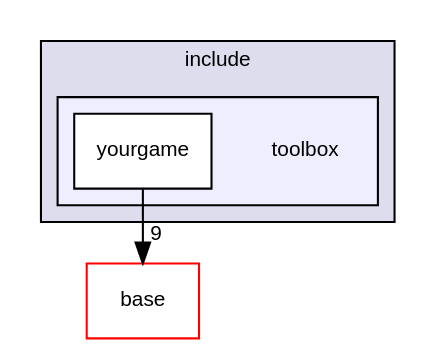
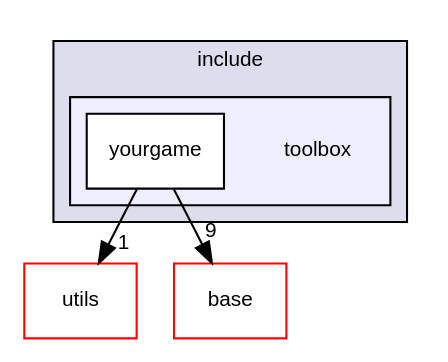
One commit to duddel/yourgamelib changed the diagram in dir_dc8d4286420b7aa8efcc9a53b027321f_dep.dot. Above: the diagram before and after it, drawn with Graphviz. The commit also changed 38 other files, not shown here.

```diff
--- a/dir_dc8d4286420b7aa8efcc9a53b027321f_dep.dot
+++ b/dir_dc8d4286420b7aa8efcc9a53b027321f_dep.dot
@@ -1,15 +1,17 @@
 digraph "/home/runner/work/yourgamelib/yourgamelib/include/toolbox" {
   compound=true
   node [ fontsize="10", fontname="Helvetica"];
   edge [ labelfontsize="10", labelfontname="Helvetica"];
   subgraph clusterdir_d44c64559bbebec7f509842c48db8b23 {
     graph [ bgcolor="#ddddee", pencolor="black", label="include" fontname="Helvetica", fontsize="10", URL="dir_d44c64559bbebec7f509842c48db8b23.html"]
   subgraph clusterdir_dc8d4286420b7aa8efcc9a53b027321f {
     graph [ bgcolor="#eeeeff", pencolor="black", label="" URL="dir_dc8d4286420b7aa8efcc9a53b027321f.html"];
     dir_dc8d4286420b7aa8efcc9a53b027321f [shape=plaintext label="toolbox"];
     dir_a60850a87a477dbcc0e6f59871872d7a [shape=box label="yourgame" color="black" fillcolor="white" style="filled" URL="dir_a60850a87a477dbcc0e6f59871872d7a.html"];
   }
   }
+  dir_821002d4f10779a80d4fb17bc32f21f1 [shape=box label="utils" fillcolor="white" style="filled" color="red" URL="dir_821002d4f10779a80d4fb17bc32f21f1.html"];
   dir_ab1c81409f0df724f17c9ef30afee877 [shape=box label="base" fillcolor="white" style="filled" color="red" URL="dir_ab1c81409f0df724f17c9ef30afee877.html"];
+  dir_a60850a87a477dbcc0e6f59871872d7a->dir_821002d4f10779a80d4fb17bc32f21f1 [headlabel="1", labeldistance=1.5 headhref="dir_000004_000005.html"];
   dir_a60850a87a477dbcc0e6f59871872d7a->dir_ab1c81409f0df724f17c9ef30afee877 [headlabel="9", labeldistance=1.5 headhref="dir_000004_000001.html"];
 }
```
